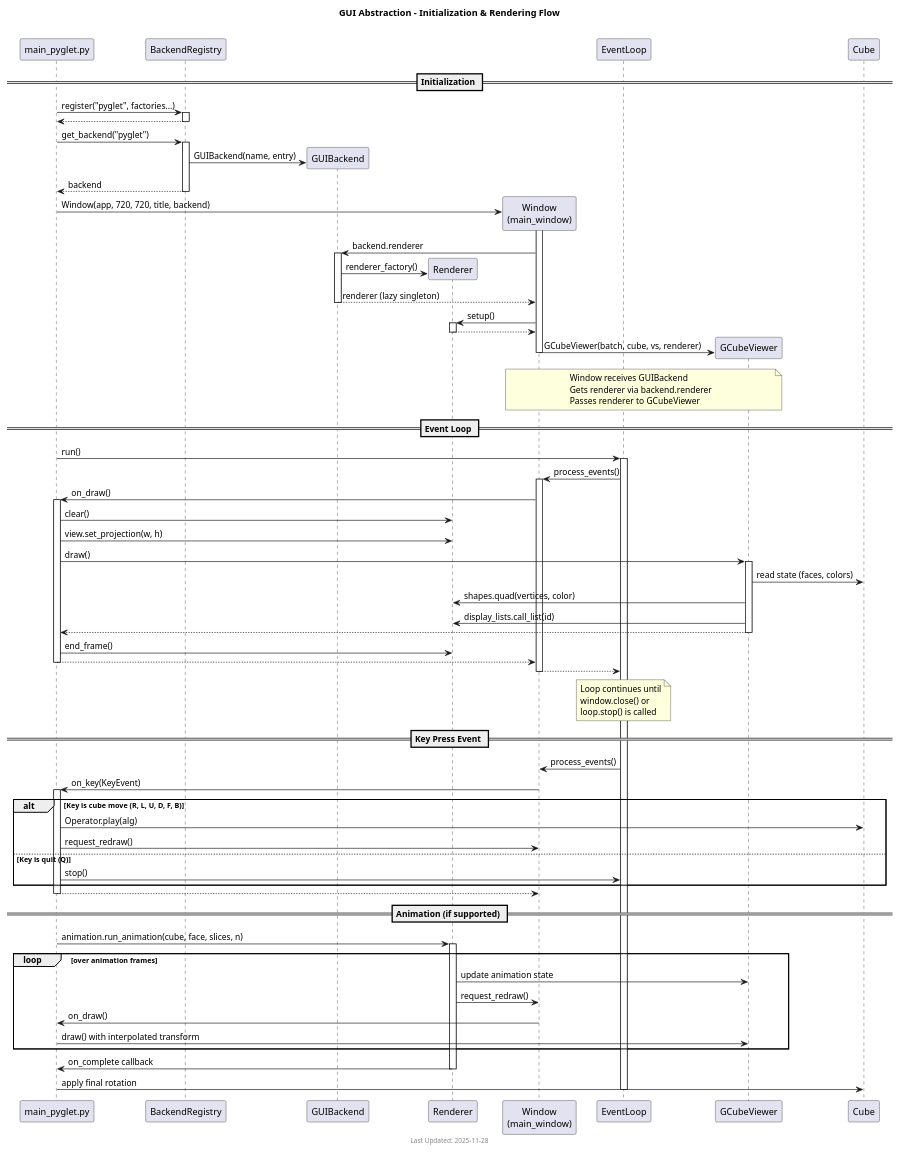
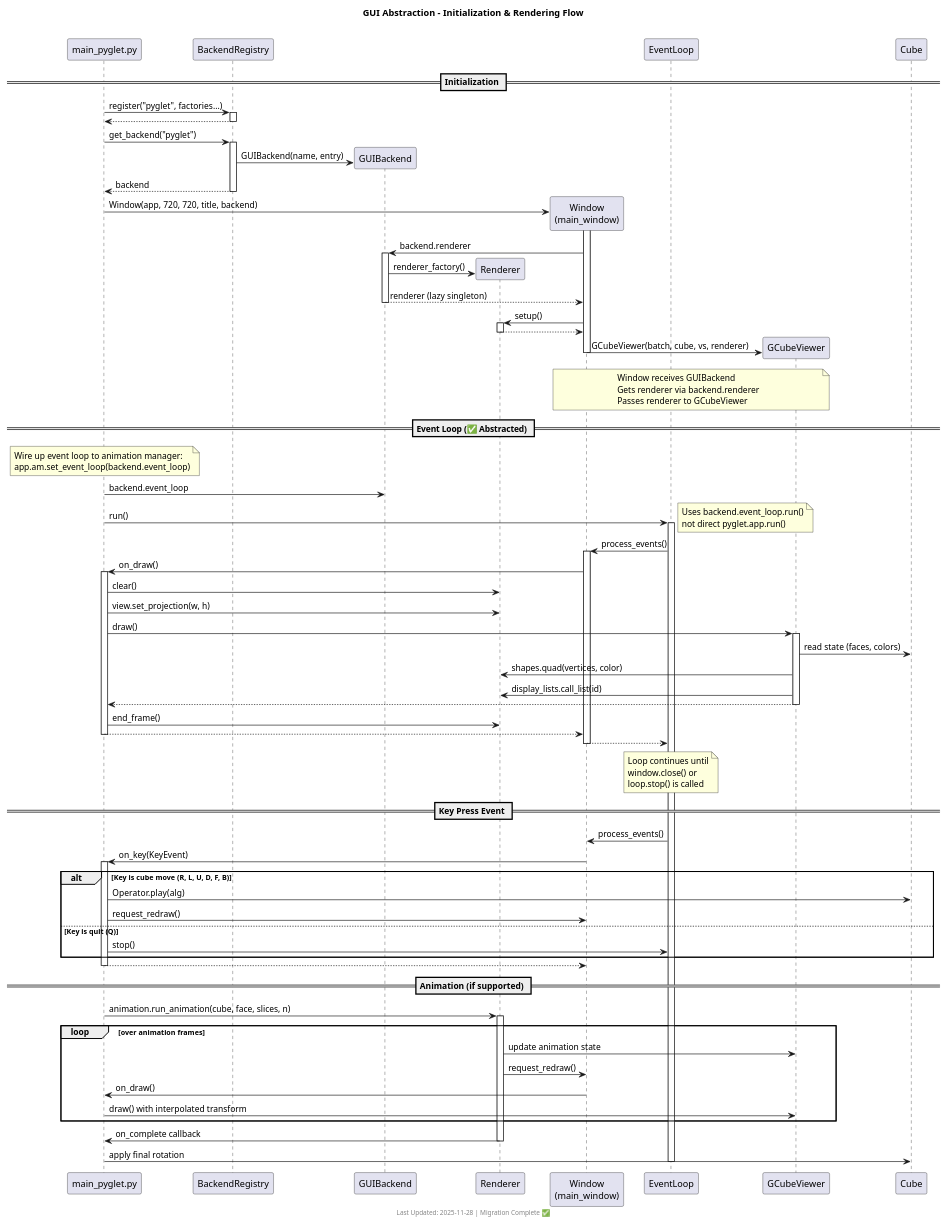
One commit to boaznahum/cubesolve changed the diagram in docs/design/gui_sequence.puml. Above: the diagram before and after it, drawn with PlantUML. The commit also changed 5 other files, not shown here.

```diff
--- a/docs/design/gui_sequence.puml
+++ b/docs/design/gui_sequence.puml
@@ -1,122 +1,129 @@
 @startuml GUI Initialization and Rendering Sequence
 
 title GUI Abstraction - Initialization & Rendering Flow
-footer Last Updated: 2025-11-28
+footer Last Updated: 2025-11-28 | Migration Complete ✅
 
 participant "main_pyglet.py" as main
 participant "BackendRegistry" as registry
 participant "GUIBackend" as backend
 participant "Renderer" as renderer
 participant "Window\n(main_window)" as window
 participant "EventLoop" as loop
 participant "GCubeViewer" as viewer
 participant "Cube" as cube
 
 == Initialization ==
 
 main -> registry : register("pyglet", factories...)
 activate registry
 registry --> main
 deactivate registry
 
 main -> registry : get_backend("pyglet")
 activate registry
 registry -> backend ** : GUIBackend(name, entry)
 registry --> main : backend
 deactivate registry
 
 main -> window ** : Window(app, 720, 720, title, backend)
 activate window
 
 window -> backend : backend.renderer
 activate backend
 backend -> renderer ** : renderer_factory()
 backend --> window : renderer (lazy singleton)
 deactivate backend
 
 window -> renderer : setup()
 activate renderer
 renderer --> window
 deactivate renderer
 
 window -> viewer ** : GCubeViewer(batch, cube, vs, renderer)
 deactivate window
 
 note over window, viewer
     Window receives GUIBackend
     Gets renderer via backend.renderer
     Passes renderer to GCubeViewer
 end note
 
-== Event Loop ==
+== Event Loop (✅ Abstracted) ==
 
+note over main
+    Wire up event loop to animation manager:
+    app.am.set_event_loop(backend.event_loop)
+end note
+
+main -> backend : backend.event_loop
 main -> loop : run()
 activate loop
+note right: Uses backend.event_loop.run()\nnot direct pyglet.app.run()
 
 loop -> window : process_events()
 activate window
 
 window -> main : on_draw()
 activate main
 
 main -> renderer : clear()
 main -> renderer : view.set_projection(w, h)
 main -> viewer : draw()
 activate viewer
 
 viewer -> cube : read state (faces, colors)
 viewer -> renderer : shapes.quad(vertices, color)
 viewer -> renderer : display_lists.call_list(id)
 
 viewer --> main
 deactivate viewer
 
 main -> renderer : end_frame()
 main --> window
 deactivate main
 
 window --> loop
 deactivate window
 
 note over loop
     Loop continues until
     window.close() or
     loop.stop() is called
 end note
 
 == Key Press Event ==
 
 loop -> window : process_events()
 window -> main : on_key(KeyEvent)
 activate main
 
 alt Key is cube move (R, L, U, D, F, B)
     main -> cube : Operator.play(alg)
     main -> window : request_redraw()
 else Key is quit (Q)
     main -> loop : stop()
 end
 
 main --> window
 deactivate main
 
 == Animation (if supported) ==
 
 main -> renderer : animation.run_animation(cube, face, slices, n)
 activate renderer
 
 loop over animation frames
     renderer -> viewer : update animation state
     renderer -> window : request_redraw()
     window -> main : on_draw()
     main -> viewer : draw() with interpolated transform
 end
 
 renderer -> main : on_complete callback
 deactivate renderer
 
 main -> cube : apply final rotation
 
 deactivate loop
 
 @enduml
```
